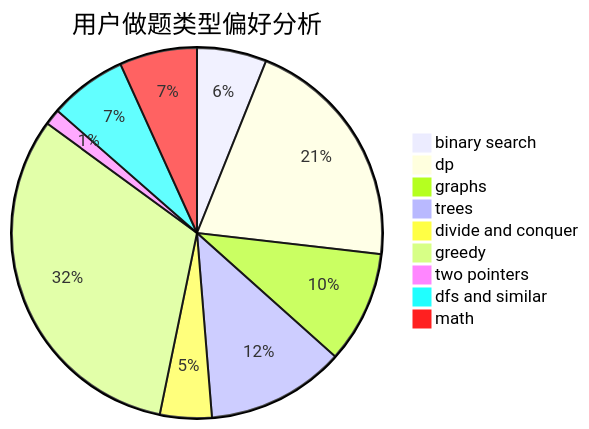
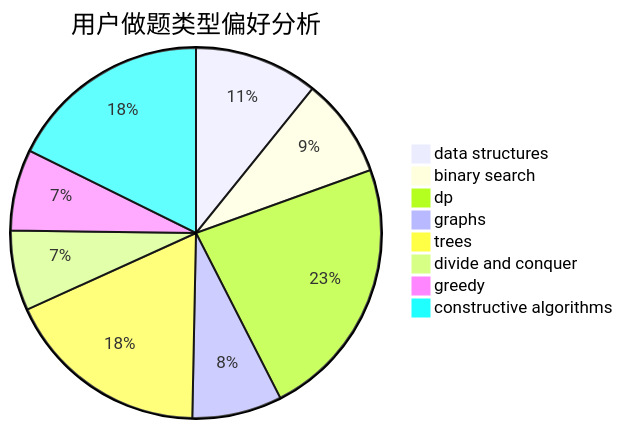
The second of 3 diagrams in docs/user/u1541.md (sherpahu/cfrs.github.io), drawn with Mermaid before and after one commit. The commit also changed other lines of this file and 2775 other files, not shown here.

````diff
--- a/docs/user/u1541.md
+++ b/docs/user/u1541.md
@@ -23,12 +23,11 @@
 ```mermaid
 pie title 用户做题类型偏好分析
-    "binary search" :  113
-    "dp" :  386
-    "graphs" :  182
-    "trees" :  225
-    "divide and conquer" :  84
-    "greedy" :  592
-    "two pointers" :  26
-    "dfs and similar" :  126
-    "math" :  126
+    "data structures" :  102
+    "binary search" :  82
+    "dp" :  217
+    "graphs" :  74
+    "trees" :  169
+    "divide and conquer" :  66
+    "greedy" :  67
+    "constructive algorithms" :  167
 ```
````
